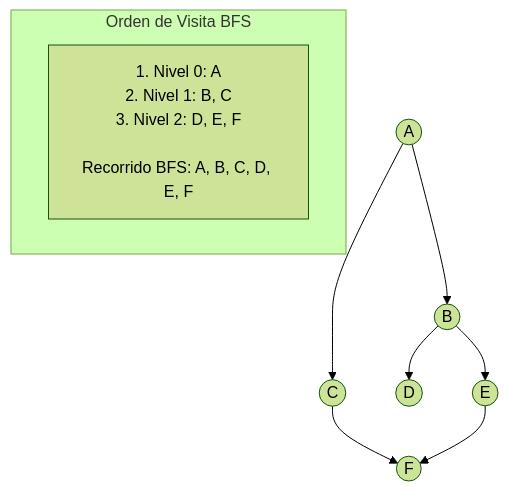
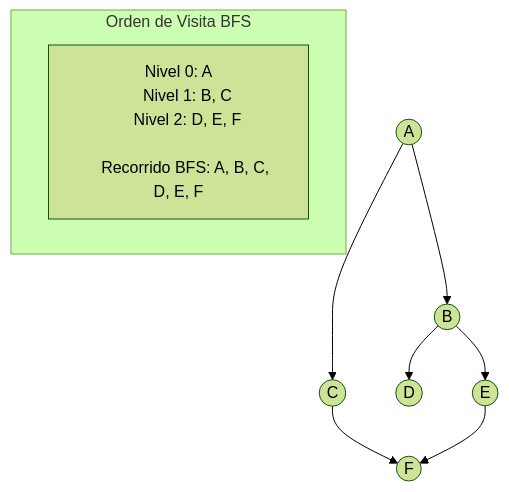
Before and after one commit to MiguelP-Dev/miguelp-dev.github.io: the sixth of 12 diagrams in _pages/concepts/algoritmia.md, drawn with Mermaid (forest theme).

Commit message:
fix: diagrama mermaid

````diff
--- a/_pages/concepts/algoritmia.md
+++ b/_pages/concepts/algoritmia.md
@@ -424,13 +424,17 @@
 ```mermaid
 graph TD
     A((A)) --> B((B))
     A --> C((C))
     B --> D((D))
     B --> E((E))
     C --> F((F))
     E --> F
     
-    subgraph "Orden de Visita BFS"
-    BFS["1. Nivel 0: A<br>2. Nivel 1: B, C<br>3. Nivel 2: D, E, F<br><br>Recorrido BFS: A, B, C, D, E, F"]
-    end
+   subgraph "Orden de Visita BFS"
+    BFS["Nivel 0: A
+    Nivel 1: B, C
+    Nivel 2: D, E, F
+    
+    Recorrido BFS: A, B, C, D, E, F"]
+end
 ```
````
